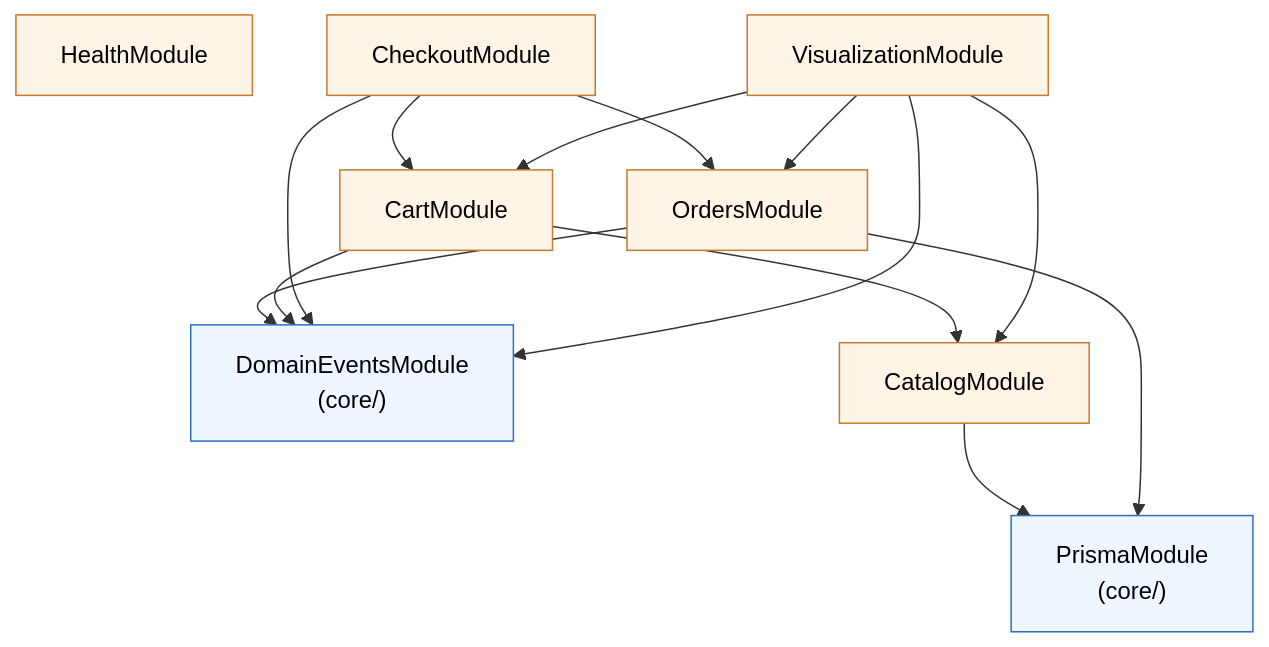
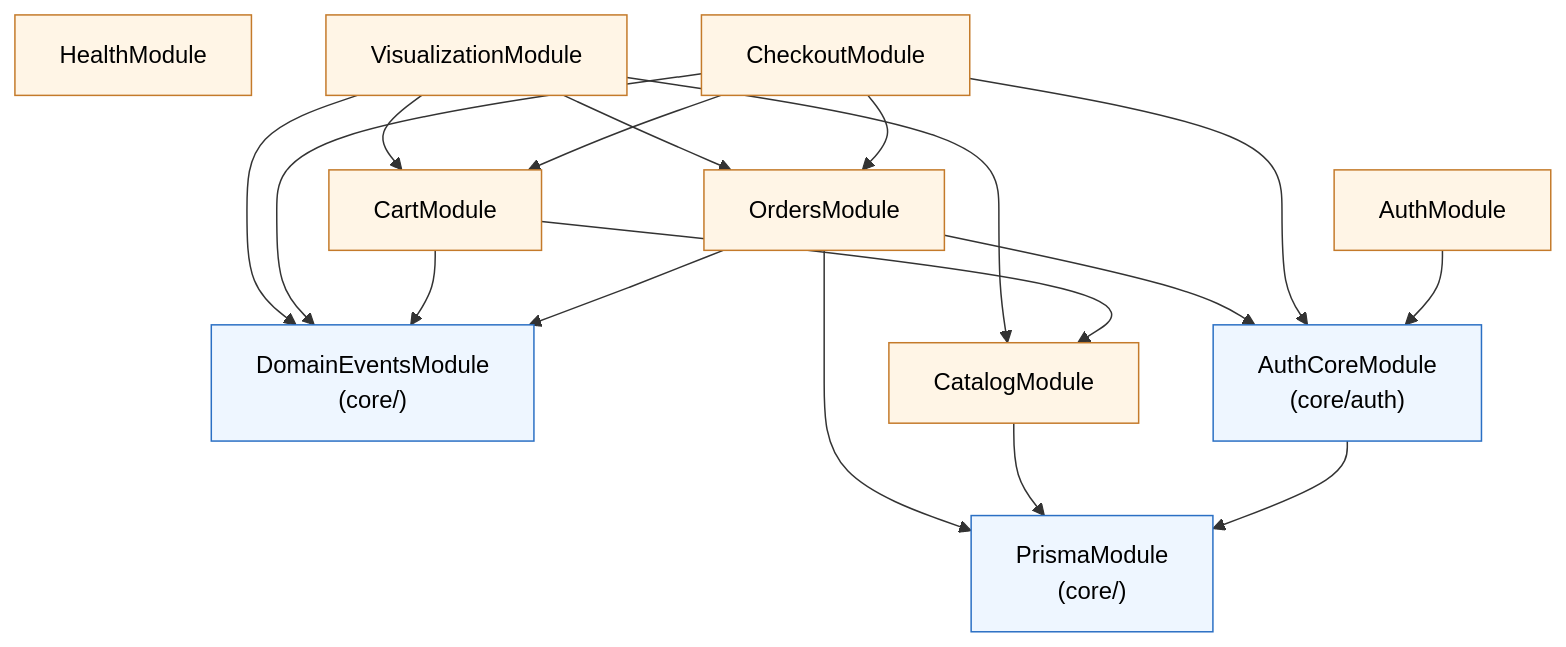
One commit to nicopizar00/expresso-engineering-playground changed the diagram in docs/architecture/bff-modules.md. Above: the diagram before and after it, drawn with Mermaid. The commit also changed other lines of this file and 4 other files, not shown here.

````diff
--- a/docs/architecture/bff-modules.md
+++ b/docs/architecture/bff-modules.md
@@ -9,28 +9,34 @@
 ```mermaid
 flowchart TD
   classDef infra fill:#eef6ff,stroke:#2a6fc4,color:#000;
   classDef domain fill:#fff5e6,stroke:#c47a2a,color:#000;
 
   Prisma["PrismaModule<br/>(core/)"]:::infra
   Events["DomainEventsModule<br/>(core/)"]:::infra
+  AuthCore["AuthCoreModule<br/>(core/auth)"]:::infra
 
   Health["HealthModule"]:::domain
   Catalog["CatalogModule"]:::domain
   Cart["CartModule"]:::domain
   Checkout["CheckoutModule"]:::domain
   Orders["OrdersModule"]:::domain
+  Auth["AuthModule"]:::domain
   Viz["VisualizationModule"]:::domain
 
+  AuthCore --> Prisma
+  Auth --> AuthCore
+  Checkout --> AuthCore
+  Orders --> AuthCore
   Catalog --> Prisma
   Orders  --> Prisma
   Orders  --> Events
   Cart    --> Catalog
   Cart    --> Events
   Checkout --> Cart
   Checkout --> Orders
   Checkout --> Events
   Viz --> Catalog
   Viz --> Cart
   Viz --> Orders
   Viz --> Events
 ```
````
